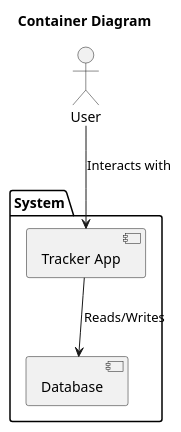
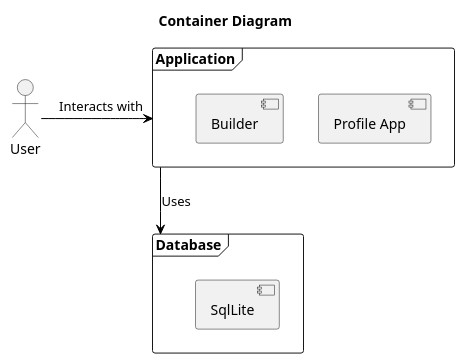
One commit to braboj/the-great-wall changed the diagram in assets/plantuml/C4_L2_containers.puml. Above: the diagram before and after it, drawn with PlantUML. The commit also changed 3 other files, not shown here.

Commit message:
(#16) - Update the plantuml diagrams

```diff
--- a/assets/plantuml/C4_L2_containers.puml
+++ b/assets/plantuml/C4_L2_containers.puml
@@ -1,14 +1,31 @@
 @startuml
+
 title Container Diagram
+
+skinparam {
+    PackageStyle Frame
+    ArrowColor #000000
+    BackgroundColor #ffffff
+    BorderColor #b0b0b0
+'    linetype polyline
+'    linetype ortho
+'    nodesep 150
+'    ranksep 100
+}
 
 actor User as user
 
-package System {
-    [Tracker App] as tracker
-    [Database] as db
+package Application {
+    [Profile App] as profiles
+    [Builder] as builder
 }
 
-user --> tracker : Interacts with
-tracker --> db : Reads/Writes
+package Database {
+    [SqlLite] as db
+}
+
+user -right-> Application : Interacts with
+Application --> Database : Uses
+
 
 @enduml
```
